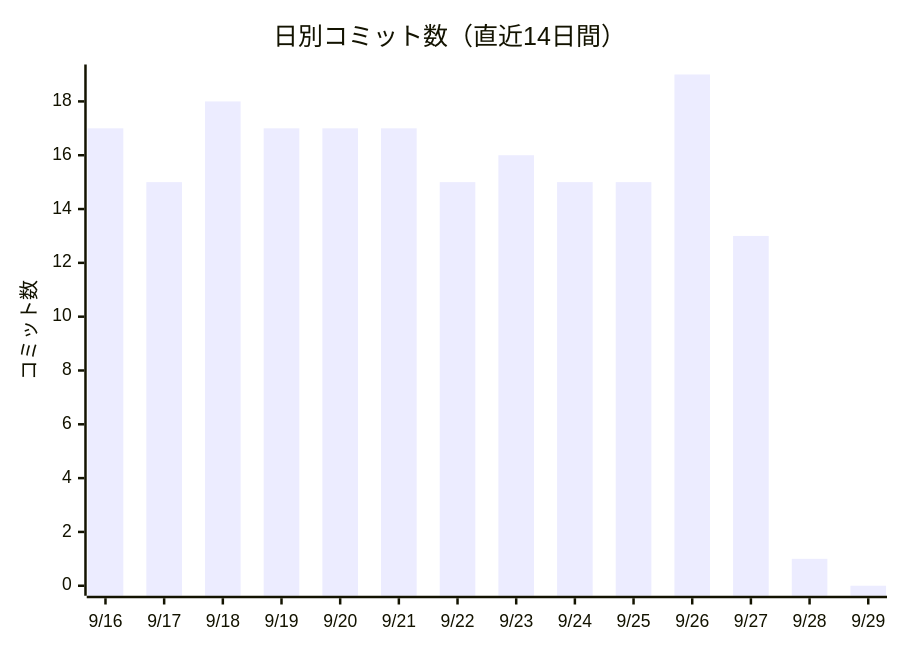
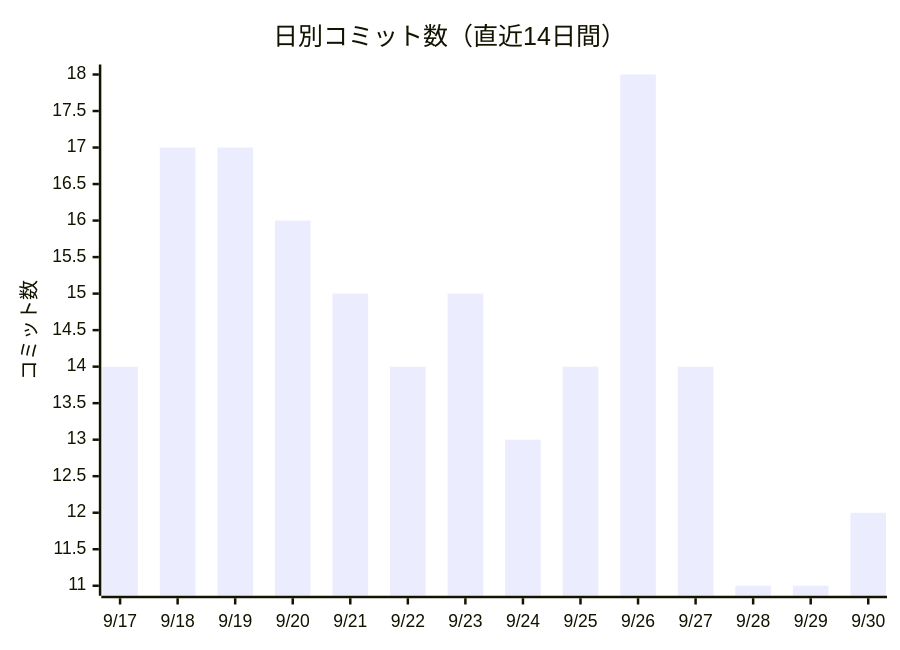
One commit to non-x2/non-x2 changed the first of 2 diagrams in docs/進化レポート.md. Above: the diagram before and after it, drawn with Mermaid. The commit also changed other lines of this file and 3 other files, not shown here.

First line of the commit message:
🗺 地図の見張り番を .github/workflows/ にも広げた（候補43）

````diff
--- a/docs/進化レポート.md
+++ b/docs/進化レポート.md
@@ -23,7 +23,7 @@
 ```mermaid
 xychart-beta
     title "日別コミット数（直近14日間）"
-    x-axis ["9/16", "9/17", "9/18", "9/19", "9/20", "9/21", "9/22", "9/23", "9/24", "9/25", "9/26", "9/27", "9/28", "9/29"]
+    x-axis ["9/17", "9/18", "9/19", "9/20", "9/21", "9/22", "9/23", "9/24", "9/25", "9/26", "9/27", "9/28", "9/29", "9/30"]
     y-axis "コミット数"
-    bar [17, 15, 18, 17, 17, 17, 15, 16, 15, 15, 19, 13, 1, 0]
+    bar [14, 17, 17, 16, 15, 14, 15, 13, 14, 18, 14, 11, 11, 12]
 ```
````
